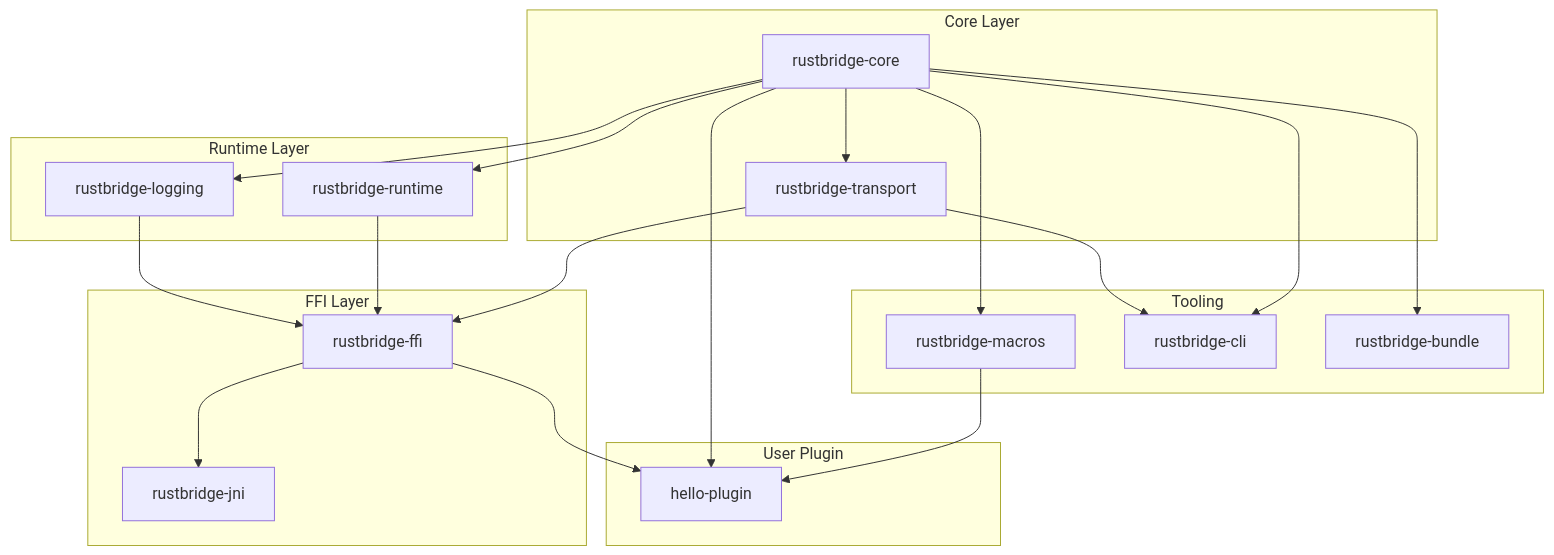
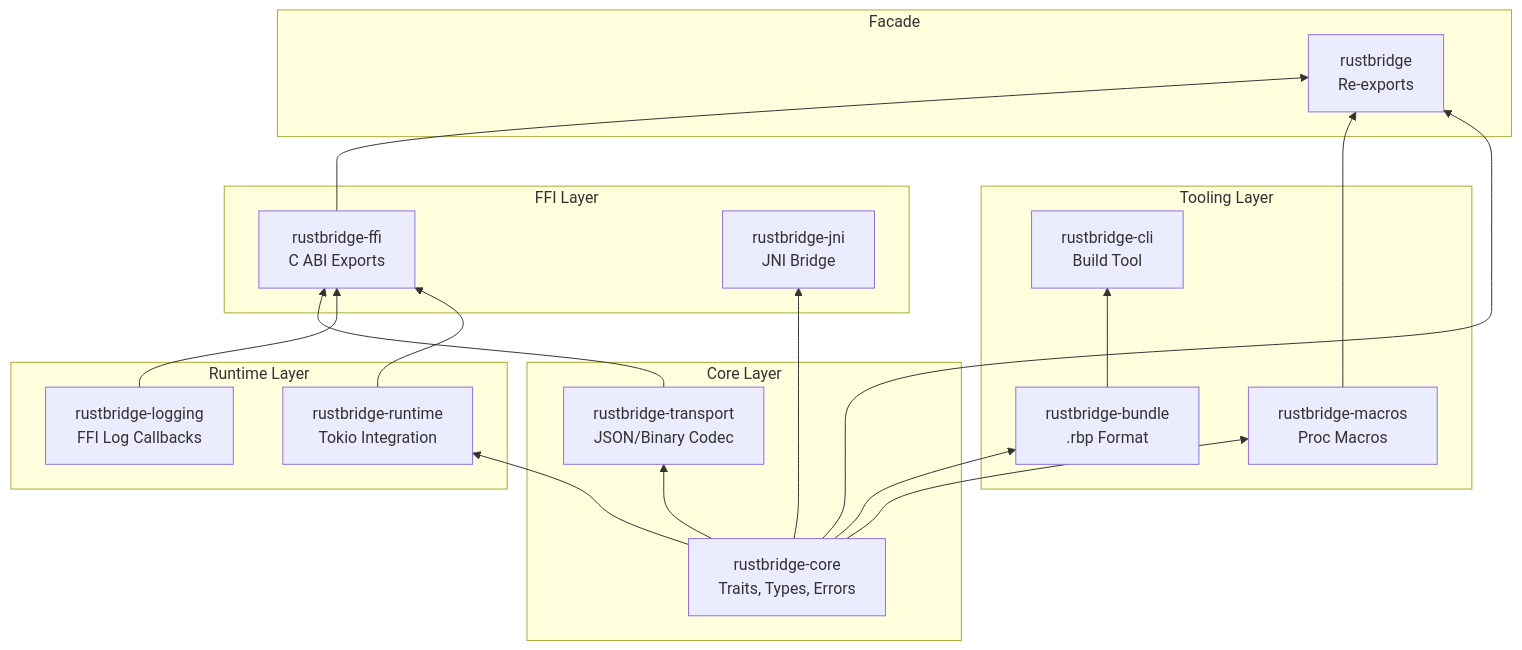
The second of 8 diagrams in docs/ARCHITECTURE.md (jrobhoward/rustbridge), drawn with Mermaid before and after one commit. The commit also changed other lines of this file, not shown here.

````diff
--- a/docs/ARCHITECTURE.md
+++ b/docs/ARCHITECTURE.md
@@ -45,43 +70,41 @@
 ```mermaid
-flowchart TD
+flowchart BT
     subgraph Core["Core Layer"]
-        RC[rustbridge-core]
-        RT[rustbridge-transport]
+        RC[rustbridge-core<br/>Traits, Types, Errors]
+        RT[rustbridge-transport<br/>JSON/Binary Codec]
     end
 
     subgraph Runtime["Runtime Layer"]
-        RR[rustbridge-runtime]
-        RL[rustbridge-logging]
+        RR[rustbridge-runtime<br/>Tokio Integration]
+        RL[rustbridge-logging<br/>FFI Log Callbacks]
     end
 
     subgraph FFI["FFI Layer"]
-        RF[rustbridge-ffi]
-        RJ[rustbridge-jni]
+        RF[rustbridge-ffi<br/>C ABI Exports]
+        RJ[rustbridge-jni<br/>JNI Bridge]
     end
 
-    subgraph Tools["Tooling"]
-        RM[rustbridge-macros]
-        CLI[rustbridge-cli]
-        RB[rustbridge-bundle]
+    subgraph Tooling["Tooling Layer"]
+        RM[rustbridge-macros<br/>Proc Macros]
+        RB[rustbridge-bundle<br/>.rbp Format]
+        CLI[rustbridge-cli<br/>Build Tool]
     end
 
-    subgraph Plugin["User Plugin"]
-        UP[hello-plugin]
+    subgraph Facade["Facade"]
+        RST[rustbridge<br/>Re-exports]
     end
 
+    RC --> RR
     RC --> RT
-    RC --> RR
-    RC --> RL
     RT --> RF
+    RL --> RF
     RR --> RF
-    RL --> RF
-    RF --> RJ
+    RC --> RJ
     RC --> RM
-    RC --> CLI
-    RT --> CLI
     RC --> RB
+    RB --> CLI
 
-    RF --> UP
-    RM --> UP
-    RC --> UP
+    RF --> RST
+    RM --> RST
+    RC --> RST
 ```
````
